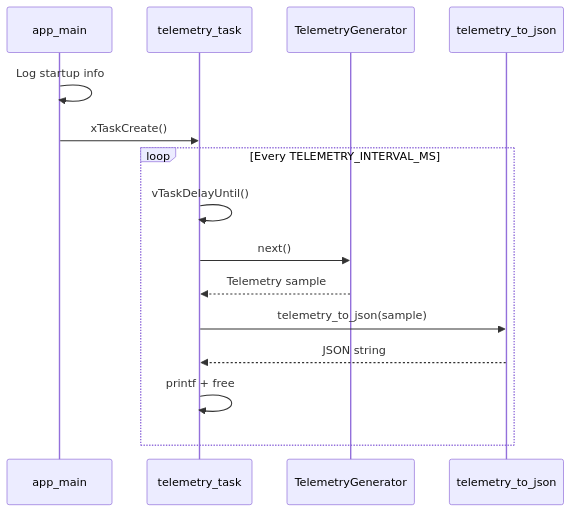
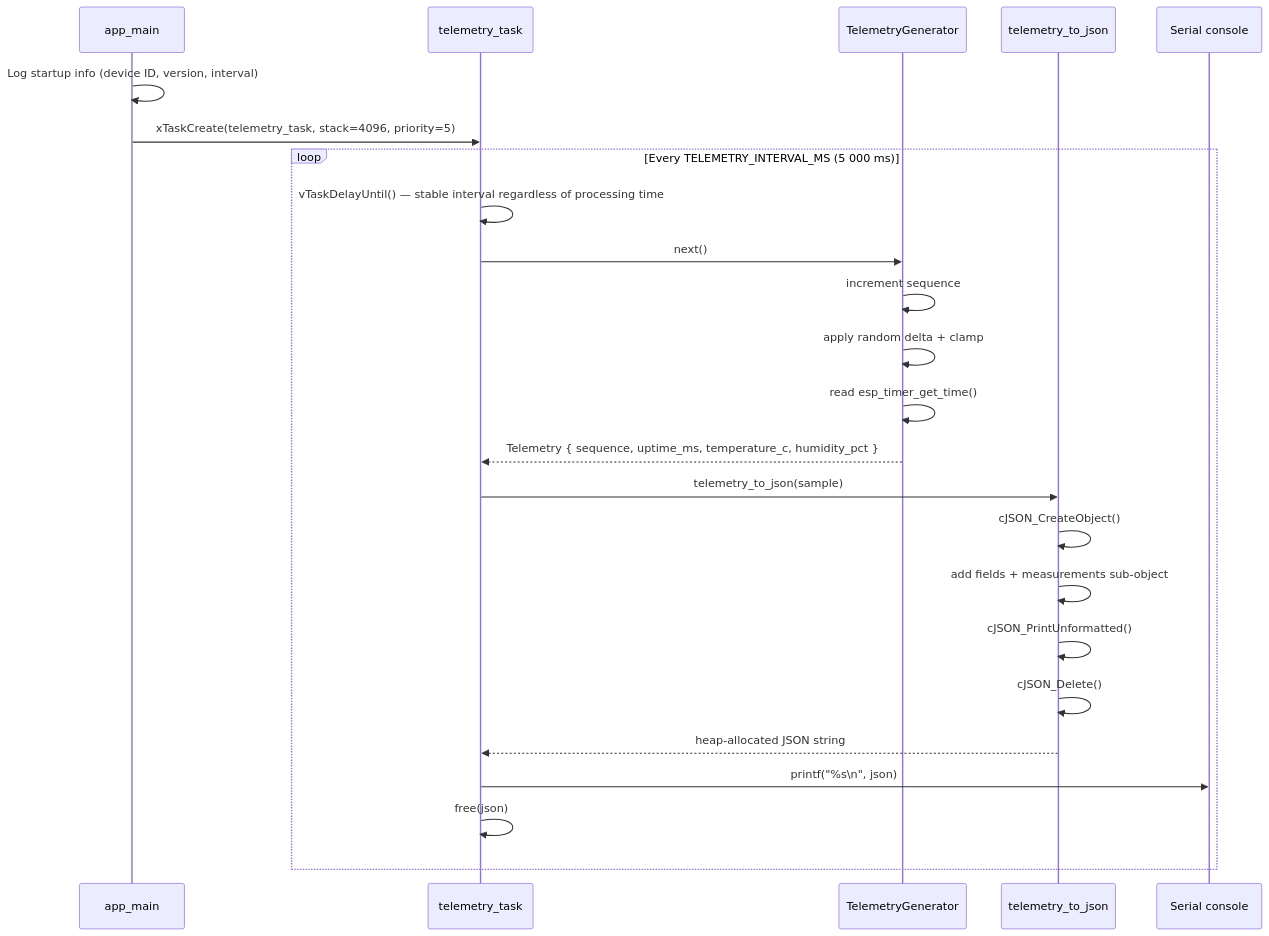
The second of 4 diagrams in docs/architecture.md (IoTEdgeConnect/firmware), drawn with Mermaid before and after one commit. The commit also changed other lines of this file and 4 other files, not shown here.

````diff
--- a/docs/architecture.md
+++ b/docs/architecture.md
@@ -38,18 +112,28 @@
 ```mermaid
 sequenceDiagram
     participant M as app_main
     participant T as telemetry_task
     participant G as TelemetryGenerator
     participant S as telemetry_to_json
+    participant C as Serial console
 
-    M->>M: Log startup info
-    M->>T: xTaskCreate()
-    loop Every TELEMETRY_INTERVAL_MS
-        T->>T: vTaskDelayUntil()
+    M->>M: Log startup info (device ID, version, interval)
+    M->>T: xTaskCreate(telemetry_task, stack=4096, priority=5)
+
+    loop Every TELEMETRY_INTERVAL_MS (5 000 ms)
+        T->>T: vTaskDelayUntil() — stable interval regardless of processing time
         T->>G: next()
-        G-->>T: Telemetry sample
+        G->>G: increment sequence
+        G->>G: apply random delta + clamp
+        G->>G: read esp_timer_get_time()
+        G-->>T: Telemetry { sequence, uptime_ms, temperature_c, humidity_pct }
         T->>S: telemetry_to_json(sample)
-        S-->>T: JSON string
-        T->>T: printf + free
+        S->>S: cJSON_CreateObject()
+        S->>S: add fields + measurements sub-object
+        S->>S: cJSON_PrintUnformatted()
+        S->>S: cJSON_Delete()
+        S-->>T: heap-allocated JSON string
+        T->>C: printf("%s\n", json)
+        T->>T: free(json)
     end
 ```
````
